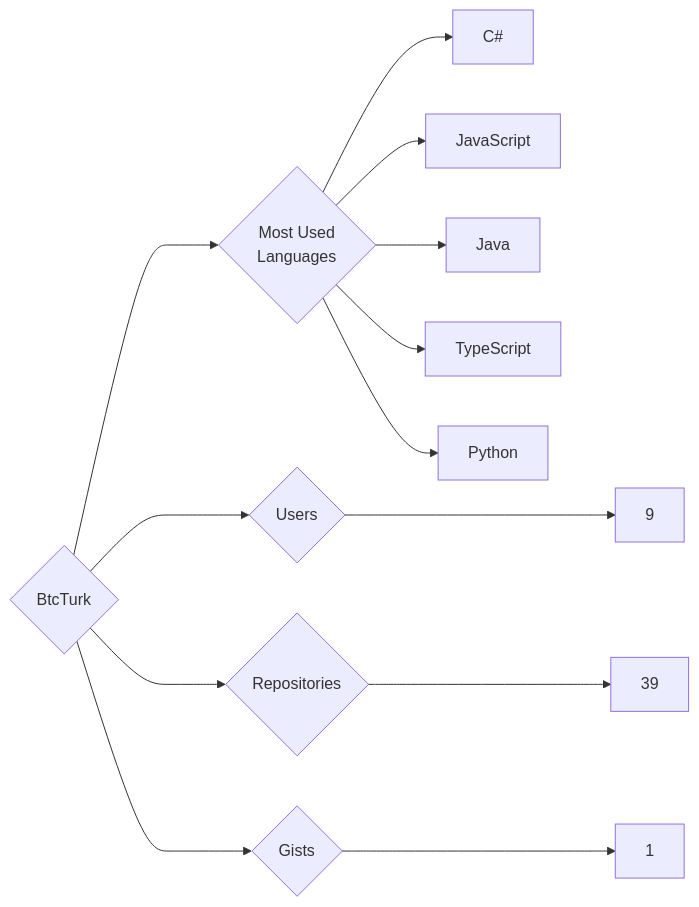
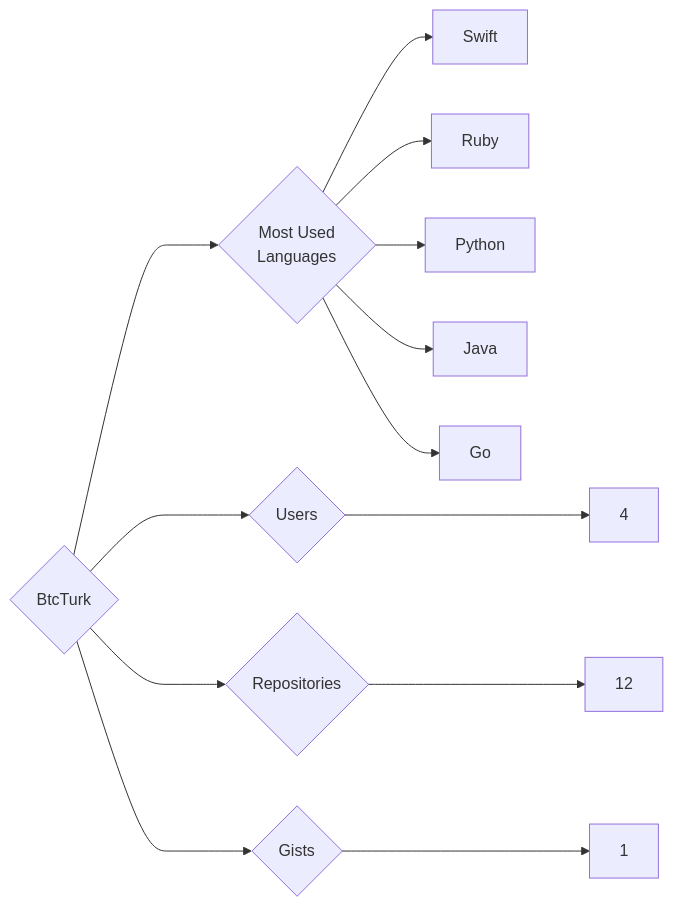
The diagram in targets/BtcTurk/README.md (trickest/insiders), drawn with Mermaid before and after one commit. The commit also changed 718 other files, not shown here.

````diff
--- a/targets/BtcTurk/README.md
+++ b/targets/BtcTurk/README.md
@@ -3,13 +3,13 @@
 ```mermaid
 graph LR
 COMPANY_NAME{BtcTurk}
-COMPANY_NAME ---> U{Users} ---> UN[9]
-COMPANY_NAME ---> R{Repositories} ---> RN[39]
+COMPANY_NAME ---> U{Users} ---> UN[4]
+COMPANY_NAME ---> R{Repositories} ---> RN[12]
 COMPANY_NAME ---> G{Gists} ---> GN[1]
 COMPANY_NAME ---> ML{Most Used<br>Languages}
-ML --> C#[C#]
-ML --> JavaScript[JavaScript]
+ML --> Swift[Swift]
+ML --> Ruby[Ruby]
+ML --> Python[Python]
 ML --> Java[Java]
-ML --> TypeScript[TypeScript]
-ML --> Python[Python]
+ML --> Go[Go]
 ```
````
